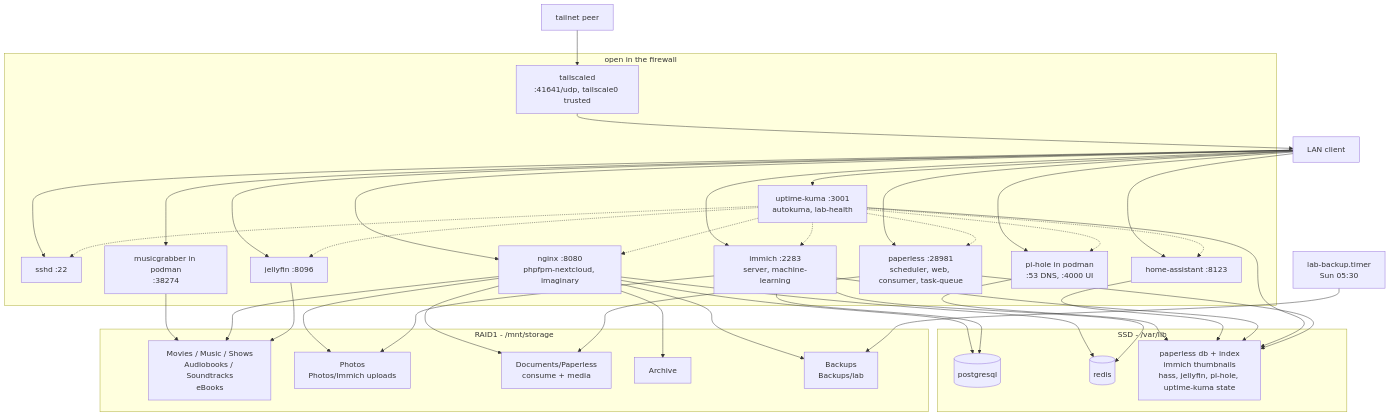
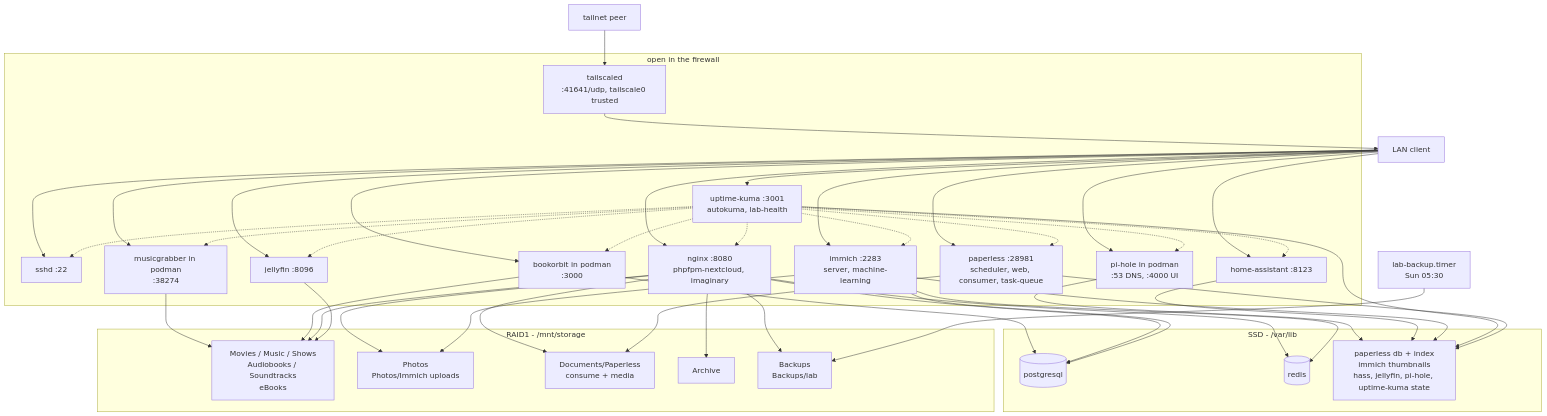
One commit to antonkesy/home-server changed the second of 2 diagrams in README.md. Above: the diagram before and after it, drawn with Mermaid. The commit also changed other lines of this file and 9 other files, not shown here.

````diff
--- a/README.md
+++ b/README.md
@@ -49,48 +49,51 @@
 ```mermaid
 flowchart TD
   client["LAN client"]
 
   subgraph fw["open in the firewall"]
     ssh["sshd :22"]
     ts["tailscaled<br>:41641/udp, tailscale0 trusted"]
     ph["pi-hole in podman<br>:53 DNS, :4000 UI"]
     has["home-assistant :8123"]
     ncb["nginx :8080<br>phpfpm-nextcloud, imaginary"]
     jfb["jellyfin :8096"]
     plb["paperless :28981<br>scheduler, web, consumer, task-queue"]
     imb["immich :2283<br>server, machine-learning"]
     ukb["uptime-kuma :3001<br>autokuma, lab-health"]
     mgb["musicgrabber in podman<br>:38274"]
+    bob["bookorbit in podman<br>:3000"]
   end
 
   subgraph ssdg["SSD - /var/lib"]
     pg[("postgresql")]
     rd[("redis")]
     st["paperless db + index<br>immich thumbnails<br>hass, jellyfin, pi-hole, uptime-kuma state"]
   end
 
   subgraph raid["RAID1 - /mnt/storage"]
     med["Movies / Music / Shows<br>Audiobooks / Soundtracks<br>eBooks"]
     pho["Photos<br>Photos/Immich uploads"]
     doc["Documents/Paperless<br>consume + media"]
     arc["Archive"]
     bak["Backups<br>Backups/lab"]
   end
 
   client --> ssh & ph & has
   remote["tailnet peer"] --> ts --> client
-  client --> ncb & jfb & plb & imb & ukb & mgb
+  client --> ncb & jfb & plb & imb & ukb & mgb & bob
   mgb --> med
+  bob --> pg
+  bob --> med
   ph --> st
   has --> st
   ncb --> pg & rd
   ncb --> med & pho & doc & arc & bak
   jfb --> med
   imb --> pg & rd & st
   imb --> pho
   ukb --> st
-  ukb -.-> ssh & ph & has & ncb & jfb & plb & imb
+  ukb -.-> ssh & ph & has & ncb & jfb & plb & imb & mgb & bob
   plb --> doc
   plb --> st
   tb["lab-backup.timer<br>Sun 05:30"] --> bak
 ```
````
